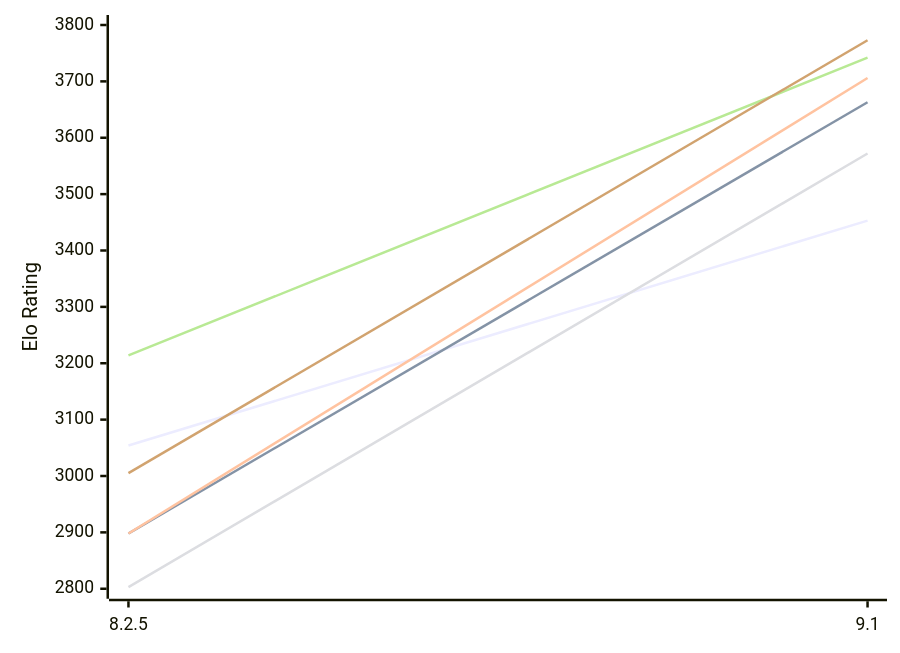
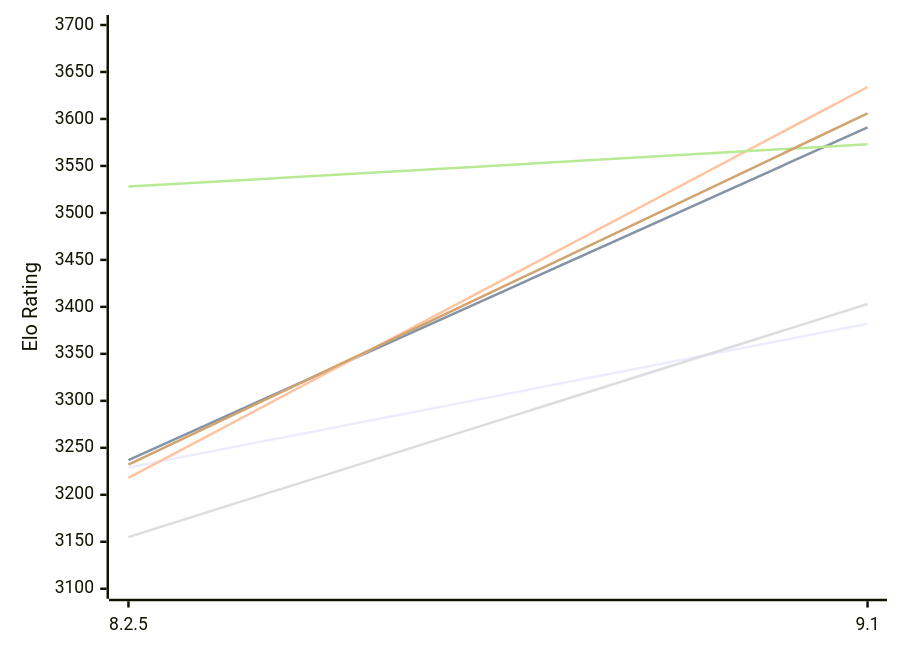
One commit to computer-chess-index/cci changed the first of 2 diagrams in engines/Clover.md. Above: the diagram before and after it, drawn with Mermaid. The commit also changed other lines of this file, not shown here.

Commit message:
Update CCI Ratings (ELO VLTC) - 2026-11-13

````diff
--- a/engines/Clover.md
+++ b/engines/Clover.md
@@ -52,12 +52,12 @@
 ```mermaid
 %%{init: {"theme":"base","themeVariables":{"seriesColors:['#a3a3a3','#222221','#faa371']}}}%%
 xychart-beta
   x-axis ["8.2.5", "9.1"]
-  y-axis "Elo Rating" 2800 --> 3800
-  line "E1: STC (8.0+0.08s)" [3054, 3453]
-  line "E1: LTC (60.0+0.60s)" [2898, 3663]
-  line "E1: VLTC (2m24s+1.12s)" [2898, 3706]
-  line "P1: STC (8.0+0.08s)" [2803, 3572]
-  line "P1: LTC (60.0+0.60s)" [3214, 3742]
-  line "P1: VLTC (2m24s+1.12s)" [3005, 3773]
+  y-axis "Elo Rating" 3100 --> 3700
+  line "E1: STC (8.0+0.08s)" [3229, 3382]
+  line "E1: LTC (60.0+0.60s)" [3237, 3591]
+  line "E1: VLTC (2m24s+1.12s)" [3218, 3634]
+  line "P1: STC (8.0+0.08s)" [3155, 3403]
+  line "P1: LTC (60.0+0.60s)" [3528, 3573]
+  line "P1: VLTC (2m24s+1.12s)" [3232, 3606]
 ```
````
